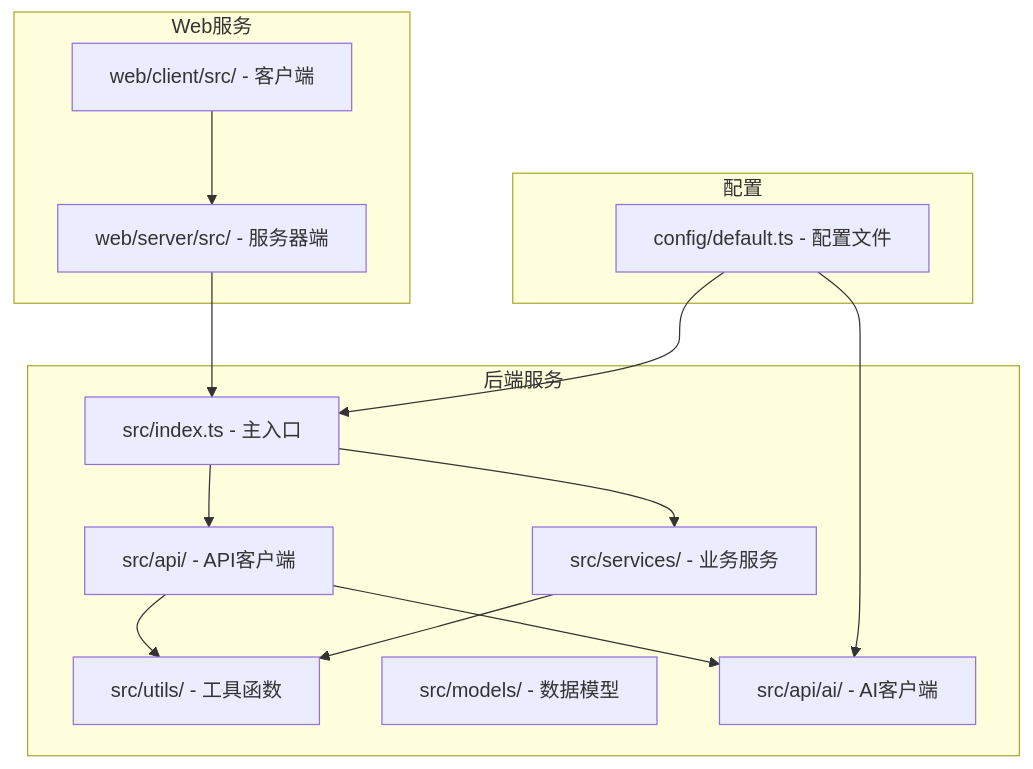
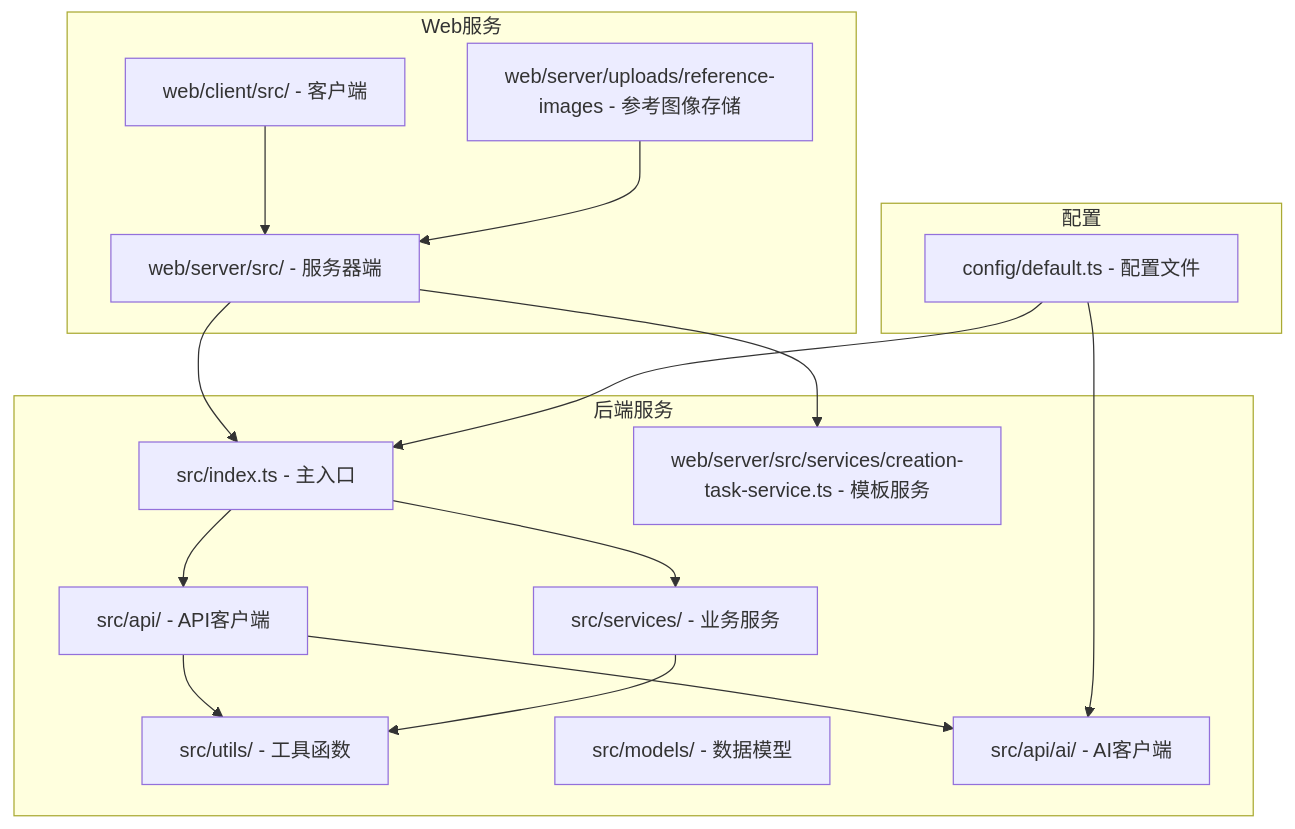
One commit to songdiyang/clawOperations changed the first of 14 diagrams in .qoder/repowiki/zh/content/API客户端增强.md. Above: the diagram before and after it, drawn with Mermaid. The commit also changed other lines of this file and 7 other files, not shown here.

````diff
--- a/.qoder/repowiki/zh/content/API客户端增强.md
+++ b/.qoder/repowiki/zh/content/API客户端增强.md
@@ -54,27 +58,31 @@
 ```mermaid
 graph TB
 subgraph "后端服务"
 A[src/index.ts - 主入口]
 B[src/api/ - API客户端]
 C[src/services/ - 业务服务]
 D[src/utils/ - 工具函数]
 E[src/models/ - 数据模型]
 F[src/api/ai/ - AI客户端]
+G[web/server/src/services/creation-task-service.ts - 模板服务]
 end
 subgraph "Web服务"
-G[web/server/src/ - 服务器端]
-H[web/client/src/ - 客户端]
+H[web/server/src/ - 服务器端]
+I[web/client/src/ - 客户端]
+J[web/server/uploads/reference-images - 参考图像存储]
 end
 subgraph "配置"
-I[config/default.ts - 配置文件]
+K[config/default.ts - 配置文件]
 end
 A --> B
 A --> C
 B --> D
 B --> F
 C --> D
-G --> A
+H --> A
 H --> G
-I --> A
-I --> F
+I --> H
+K --> A
+K --> F
+J --> H
 ```
````
